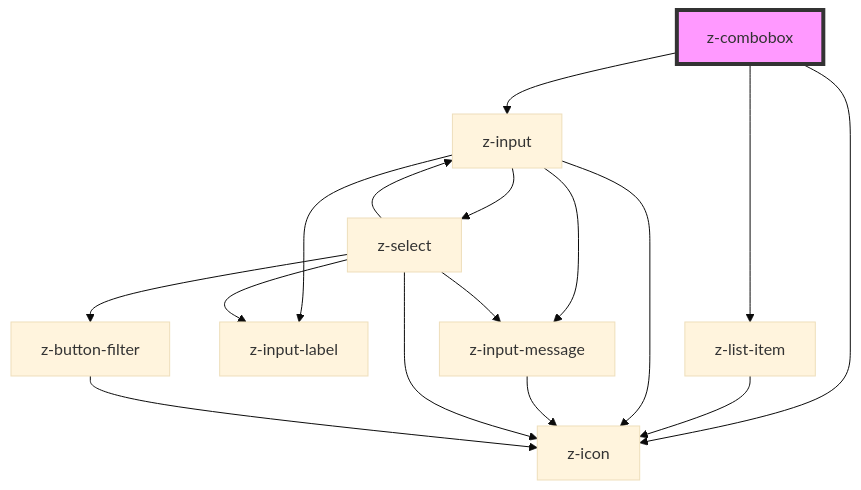
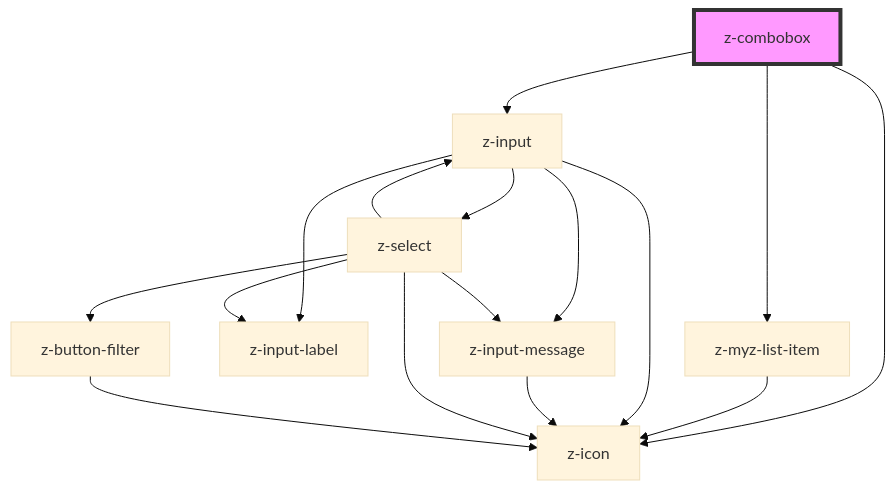
One commit to ZanichelliEditore/design-system changed the diagram in src/components/inputs/z-combobox/readme.md. Above: the diagram before and after it, drawn with Mermaid (base theme). The commit also changed other lines of this file and 7 other files, not shown here.

````diff
--- a/src/components/inputs/z-combobox/readme.md
+++ b/src/components/inputs/z-combobox/readme.md
@@ -68,19 +68,19 @@
 ```mermaid
 graph TD;
   z-combobox --> z-icon
-  z-combobox --> z-list-item
+  z-combobox --> z-myz-list-item
   z-combobox --> z-input
-  z-list-item --> z-icon
+  z-myz-list-item --> z-icon
   z-input --> z-input-label
   z-input --> z-icon
   z-input --> z-input-message
   z-input --> z-select
   z-input-message --> z-icon
   z-select --> z-input-label
   z-select --> z-input
   z-select --> z-button-filter
   z-select --> z-icon
   z-select --> z-input-message
   z-button-filter --> z-icon
   style z-combobox fill:#f9f,stroke:#333,stroke-width:4px
 ```
````
